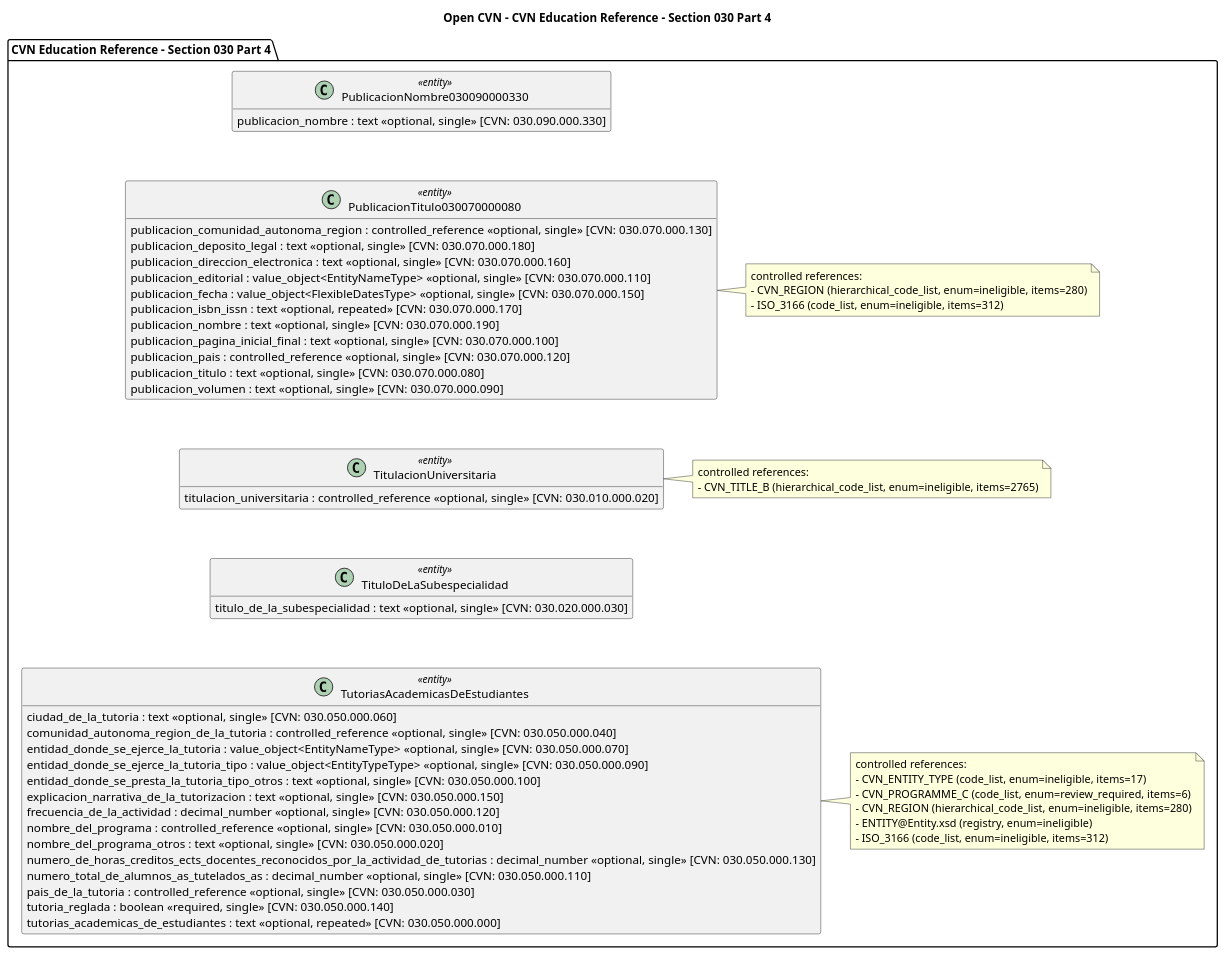
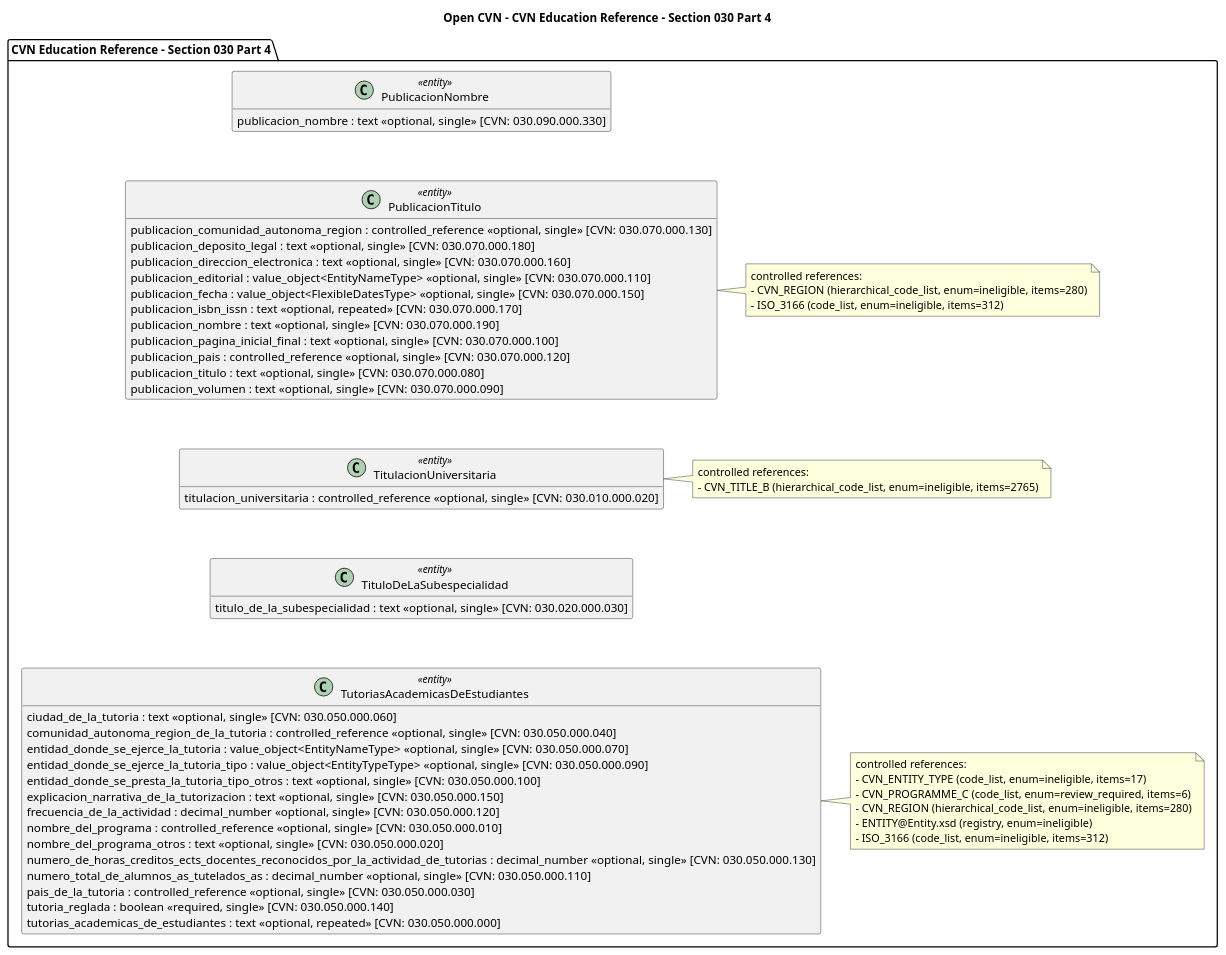
Before and after one commit to holt00/TFG-open-cvn-schema: the diagram in docs/diagrams/open_cvn_education_030_part_04_reference.puml, drawn with PlantUML. The commit also changed 48 other files, not shown here.

```diff
--- a/docs/diagrams/open_cvn_education_030_part_04_reference.puml
+++ b/docs/diagrams/open_cvn_education_030_part_04_reference.puml
@@ -1,78 +1,78 @@
 @startuml
 title Open CVN - CVN Education Reference - Section 030 Part 4
 
 skinparam classAttributeIconSize 0
 skinparam linetype ortho
 top to bottom direction
 hide empty members
 
 package "CVN Education Reference - Section 030 Part 4" as area_education_030_part_04_reference {
-class "PublicacionNombre030090000330" as entity_education_publicacionnombre030090000330_030_090_000_330 <<entity>> {
+class "PublicacionNombre" as entity_education_publicacionnombre030090000330_030_090_000_330 <<entity>> {
   publicacion_nombre : text <<optional, single>> [CVN: 030.090.000.330]
 }
 
-class "PublicacionTitulo030070000080" as entity_education_publicaciontitulo030070000080_030_070_000_080 <<entity>> {
+class "PublicacionTitulo" as entity_education_publicaciontitulo030070000080_030_070_000_080 <<entity>> {
   publicacion_comunidad_autonoma_region : controlled_reference <<optional, single>> [CVN: 030.070.000.130]
   publicacion_deposito_legal : text <<optional, single>> [CVN: 030.070.000.180]
   publicacion_direccion_electronica : text <<optional, single>> [CVN: 030.070.000.160]
   publicacion_editorial : value_object<EntityNameType> <<optional, single>> [CVN: 030.070.000.110]
   publicacion_fecha : value_object<FlexibleDatesType> <<optional, single>> [CVN: 030.070.000.150]
   publicacion_isbn_issn : text <<optional, repeated>> [CVN: 030.070.000.170]
   publicacion_nombre : text <<optional, single>> [CVN: 030.070.000.190]
   publicacion_pagina_inicial_final : text <<optional, single>> [CVN: 030.070.000.100]
   publicacion_pais : controlled_reference <<optional, single>> [CVN: 030.070.000.120]
   publicacion_titulo : text <<optional, single>> [CVN: 030.070.000.080]
   publicacion_volumen : text <<optional, single>> [CVN: 030.070.000.090]
 }
 note right of entity_education_publicaciontitulo030070000080_030_070_000_080
 controlled references:
 - CVN_REGION (hierarchical_code_list, enum=ineligible, items=280)
 - ISO_3166 (code_list, enum=ineligible, items=312)
 end note
 
 class "TitulacionUniversitaria" as entity_education_titulacionuniversitaria_030_010_000_020 <<entity>> {
   titulacion_universitaria : controlled_reference <<optional, single>> [CVN: 030.010.000.020]
 }
 note right of entity_education_titulacionuniversitaria_030_010_000_020
 controlled references:
 - CVN_TITLE_B (hierarchical_code_list, enum=ineligible, items=2765)
 end note
 
 class "TituloDeLaSubespecialidad" as entity_education_titulodelasubespecialidad_030_020_000_030 <<entity>> {
   titulo_de_la_subespecialidad : text <<optional, single>> [CVN: 030.020.000.030]
 }
 
 class "TutoriasAcademicasDeEstudiantes" as entity_education_tutoriasacademicasdeestudiantes_030_050_000_000 <<entity>> {
   ciudad_de_la_tutoria : text <<optional, single>> [CVN: 030.050.000.060]
   comunidad_autonoma_region_de_la_tutoria : controlled_reference <<optional, single>> [CVN: 030.050.000.040]
   entidad_donde_se_ejerce_la_tutoria : value_object<EntityNameType> <<optional, single>> [CVN: 030.050.000.070]
   entidad_donde_se_ejerce_la_tutoria_tipo : value_object<EntityTypeType> <<optional, single>> [CVN: 030.050.000.090]
   entidad_donde_se_presta_la_tutoria_tipo_otros : text <<optional, single>> [CVN: 030.050.000.100]
   explicacion_narrativa_de_la_tutorizacion : text <<optional, single>> [CVN: 030.050.000.150]
   frecuencia_de_la_actividad : decimal_number <<optional, single>> [CVN: 030.050.000.120]
   nombre_del_programa : controlled_reference <<optional, single>> [CVN: 030.050.000.010]
   nombre_del_programa_otros : text <<optional, single>> [CVN: 030.050.000.020]
   numero_de_horas_creditos_ects_docentes_reconocidos_por_la_actividad_de_tutorias : decimal_number <<optional, single>> [CVN: 030.050.000.130]
   numero_total_de_alumnos_as_tutelados_as : decimal_number <<optional, single>> [CVN: 030.050.000.110]
   pais_de_la_tutoria : controlled_reference <<optional, single>> [CVN: 030.050.000.030]
   tutoria_reglada : boolean <<required, single>> [CVN: 030.050.000.140]
   tutorias_academicas_de_estudiantes : text <<optional, repeated>> [CVN: 030.050.000.000]
 }
 note right of entity_education_tutoriasacademicasdeestudiantes_030_050_000_000
 controlled references:
 - CVN_ENTITY_TYPE (code_list, enum=ineligible, items=17)
 - CVN_PROGRAMME_C (code_list, enum=review_required, items=6)
 - CVN_REGION (hierarchical_code_list, enum=ineligible, items=280)
 - ENTITY@Entity.xsd (registry, enum=ineligible)
 - ISO_3166 (code_list, enum=ineligible, items=312)
 end note
 
 }
 
 entity_education_publicacionnombre030090000330_030_090_000_330 -[hidden]down-> entity_education_publicaciontitulo030070000080_030_070_000_080
 entity_education_publicaciontitulo030070000080_030_070_000_080 -[hidden]down-> entity_education_titulacionuniversitaria_030_010_000_020
 entity_education_titulacionuniversitaria_030_010_000_020 -[hidden]down-> entity_education_titulodelasubespecialidad_030_020_000_030
 entity_education_titulodelasubespecialidad_030_020_000_030 -[hidden]down-> entity_education_tutoriasacademicasdeestudiantes_030_050_000_000
 
 
 @enduml
```
